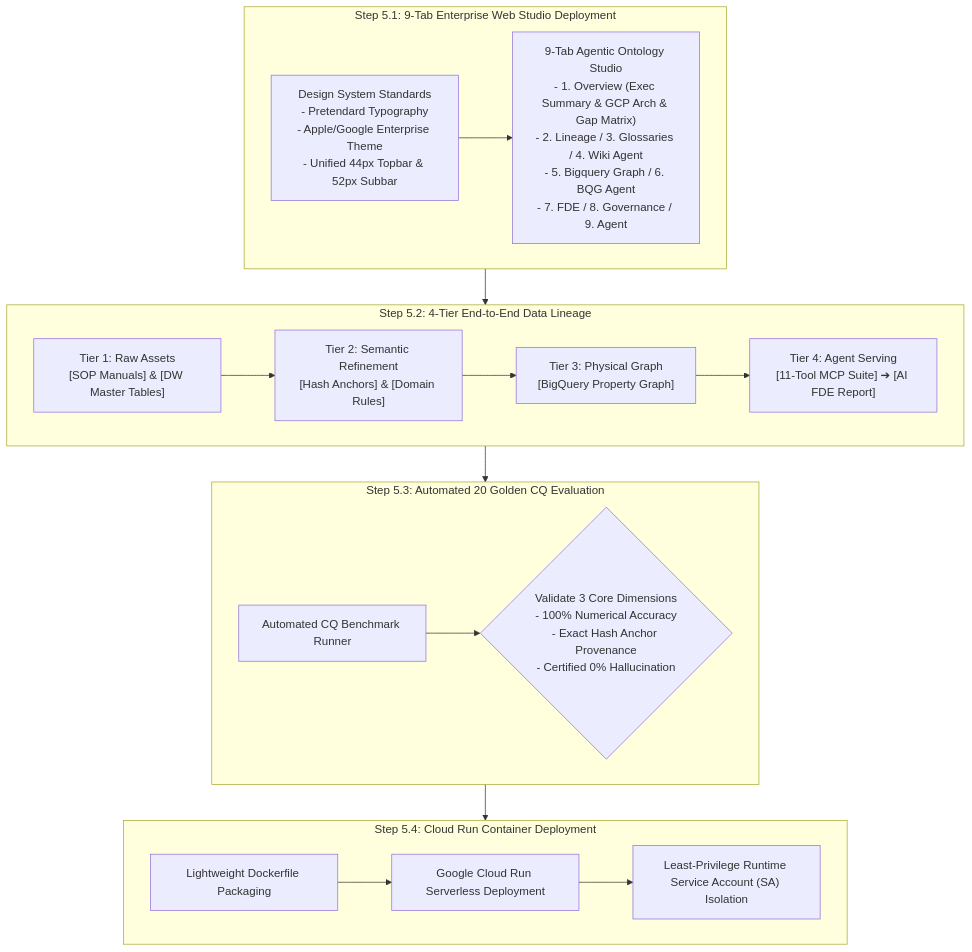
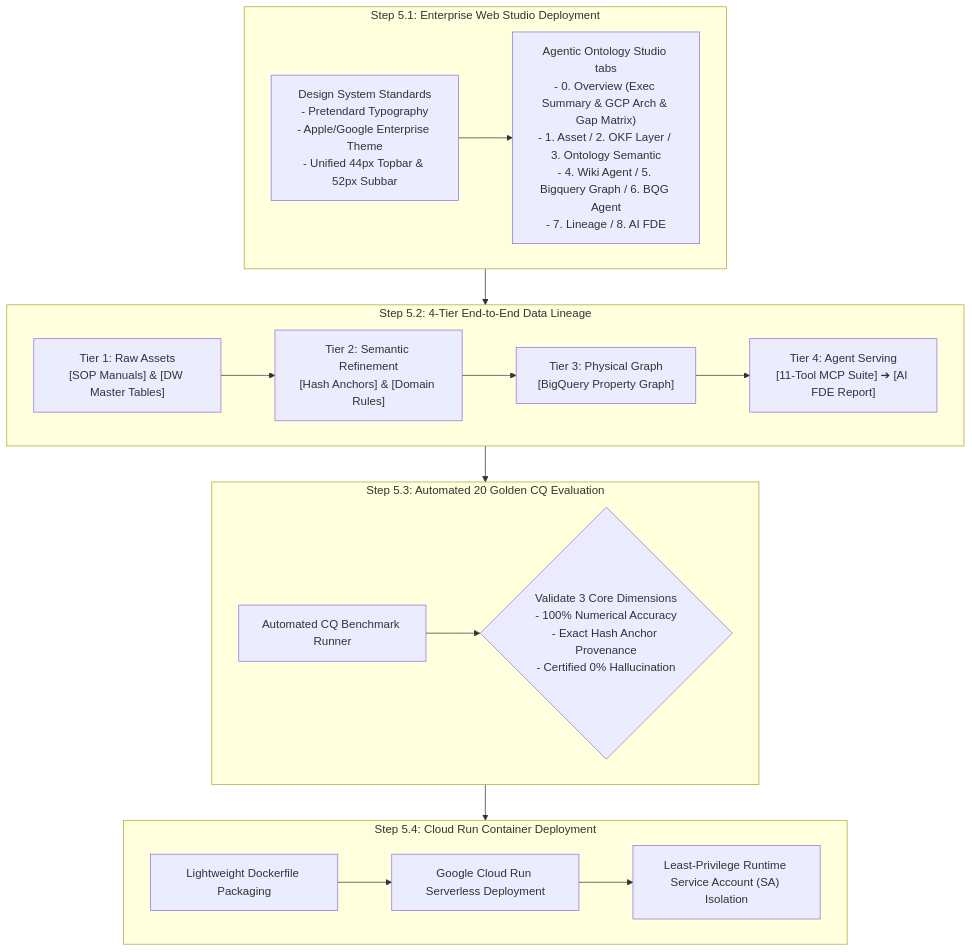
The diagram in methodology/05_enterprise_studio_and_deployment_en.md (seanjungG/agentic-ontology-starter), drawn with Mermaid before and after one commit. The commit also changed other lines of this file and 20 other files, not shown here.

````diff
--- a/methodology/05_enterprise_studio_and_deployment_en.md
+++ b/methodology/05_enterprise_studio_and_deployment_en.md
@@ -14,31 +14,31 @@
 ```mermaid
 flowchart TD
-    subgraph Step1 ["Step 5.1: 9-Tab Enterprise Web Studio Deployment"]
+    subgraph Step1 ["Step 5.1: Enterprise Web Studio Deployment"]
         DesignToken["Design System Standards<br/>- Pretendard Typography<br/>- Apple/Google Enterprise Theme<br/>- Unified 44px Topbar & 52px Subbar"]
-        Studios["9-Tab Agentic Ontology Studio<br/>- 1. Overview (Exec Summary & GCP Arch & Gap Matrix)<br/>- 2. Lineage / 3. Glossaries / 4. Wiki Agent<br/>- 5. Bigquery Graph / 6. BQG Agent<br/>- 7. FDE / 8. Governance / 9. Agent"]
+        Studios["Agentic Ontology Studio tabs<br/>- 0. Overview (Exec Summary & GCP Arch & Gap Matrix)<br/>- 1. Asset / 2. OKF Layer / 3. Ontology Semantic<br/>- 4. Wiki Agent / 5. Bigquery Graph / 6. BQG Agent<br/>- 7. Lineage / 8. AI FDE"]
         DesignToken --> Studios
     end
 
     subgraph Step2 ["Step 5.2: 4-Tier End-to-End Data Lineage"]
         T1["Tier 1: Raw Assets<br/>[SOP Manuals] & [DW Master Tables]"]
         T2["Tier 2: Semantic Refinement<br/>[Hash Anchors] & [Domain Rules]"]
         T3["Tier 3: Physical Graph<br/>[BigQuery Property Graph]"]
         T4["Tier 4: Agent Serving<br/>[11-Tool MCP Suite] ➔ [AI FDE Report]"]
         T1 --> T2 --> T3 --> T4
     end
 
     subgraph Step3 ["Step 5.3: Automated 20 Golden CQ Evaluation"]
         EvalEngine["Automated CQ Benchmark Runner"]
         Metrics{"Validate 3 Core Dimensions<br/>- 100% Numerical Accuracy<br/>- Exact Hash Anchor Provenance<br/>- Certified 0% Hallucination"}
         EvalEngine --> Metrics
     end
 
     subgraph Step4 ["Step 5.4: Cloud Run Container Deployment"]
         Container["Lightweight Dockerfile Packaging"]
         CloudRun["Google Cloud Run Serverless Deployment"]
         IAM_Check["Least-Privilege Runtime Service Account (SA) Isolation"]
         Container --> CloudRun --> IAM_Check
     end
 
     Step1 --> Step2 --> Step3 --> Step4
 ```
````
